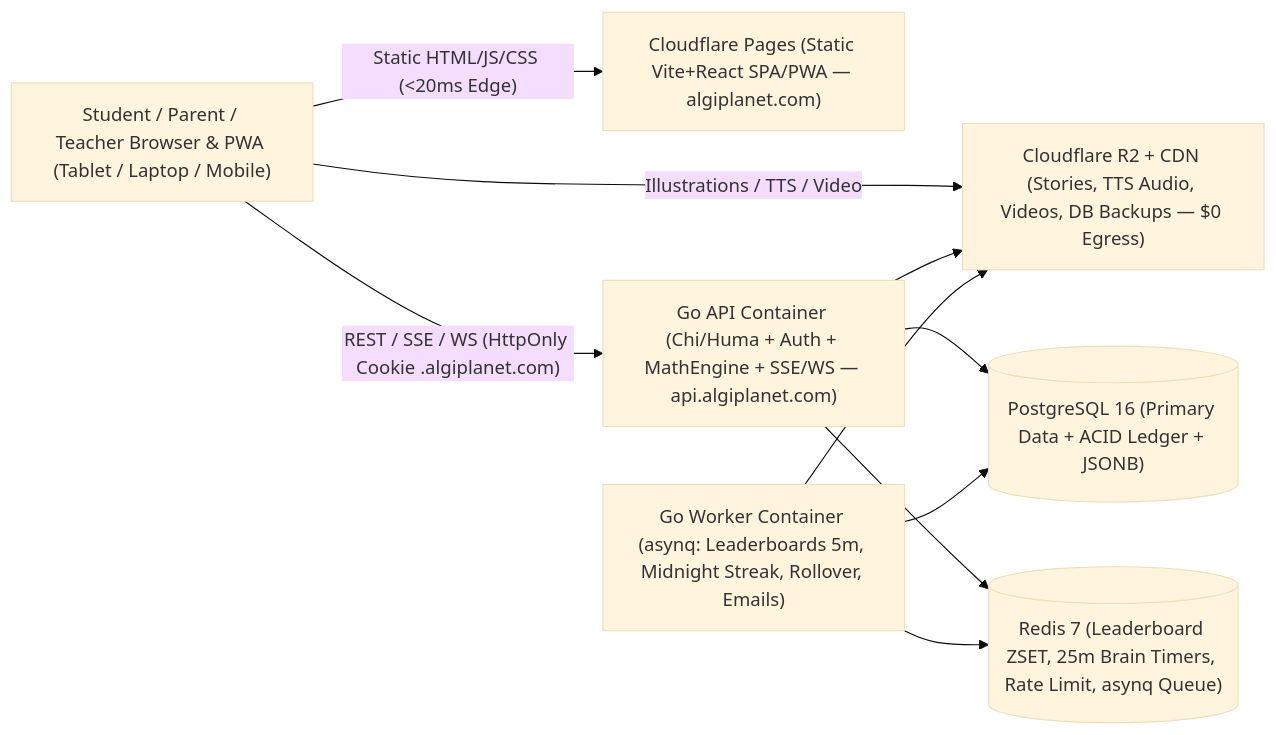
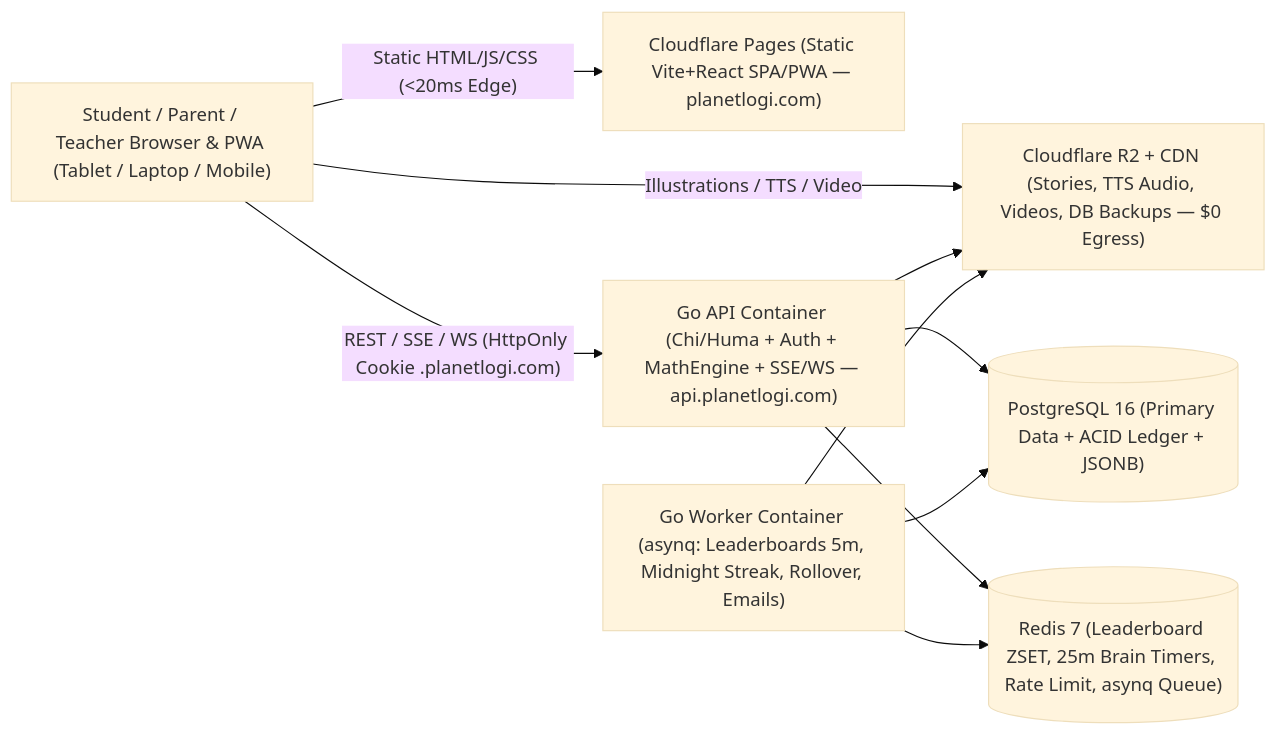
Before and after one commit to AICSbench/planetlogi: the diagram in docs/08-technical-architecture-and-database.md, drawn with Mermaid (base theme). The commit also changed other lines of this file and 11 other files, not shown here.

````diff
--- a/docs/08-technical-architecture-and-database.md
+++ b/docs/08-technical-architecture-and-database.md
@@ -41,20 +41,20 @@
 ```mermaid
 flowchart LR
     Client["Student / Parent / Teacher Browser & PWA (Tablet / Laptop / Mobile)"]
-    CFPages["Cloudflare Pages (Static Vite+React SPA/PWA — algiplanet.com)"]
+    CFPages["Cloudflare Pages (Static Vite+React SPA/PWA — planetlogi.com)"]
     CFR2["Cloudflare R2 + CDN (Stories, TTS Audio, Videos, DB Backups — $0 Egress)"]
-    GoAPI["Go API Container (Chi/Huma + Auth + MathEngine + SSE/WS — api.algiplanet.com)"]
+    GoAPI["Go API Container (Chi/Huma + Auth + MathEngine + SSE/WS — api.planetlogi.com)"]
     GoWorker["Go Worker Container (asynq: Leaderboards 5m, Midnight Streak, Rollover, Emails)"]
     PG[("PostgreSQL 16 (Primary Data + ACID Ledger + JSONB)")]
     Redis[("Redis 7 (Leaderboard ZSET, 25m Brain Timers, Rate Limit, asynq Queue)")]
 
     Client -->|"Static HTML/JS/CSS (<20ms Edge)"| CFPages
     Client -->|"Illustrations / TTS / Video"| CFR2
-    Client -->|"REST / SSE / WS (HttpOnly Cookie .algiplanet.com)"| GoAPI
+    Client -->|"REST / SSE / WS (HttpOnly Cookie .planetlogi.com)"| GoAPI
     GoAPI --> PG
     GoAPI --> Redis
     GoAPI --> CFR2
     GoWorker --> PG
     GoWorker --> Redis
     GoWorker --> CFR2
 ```
````
